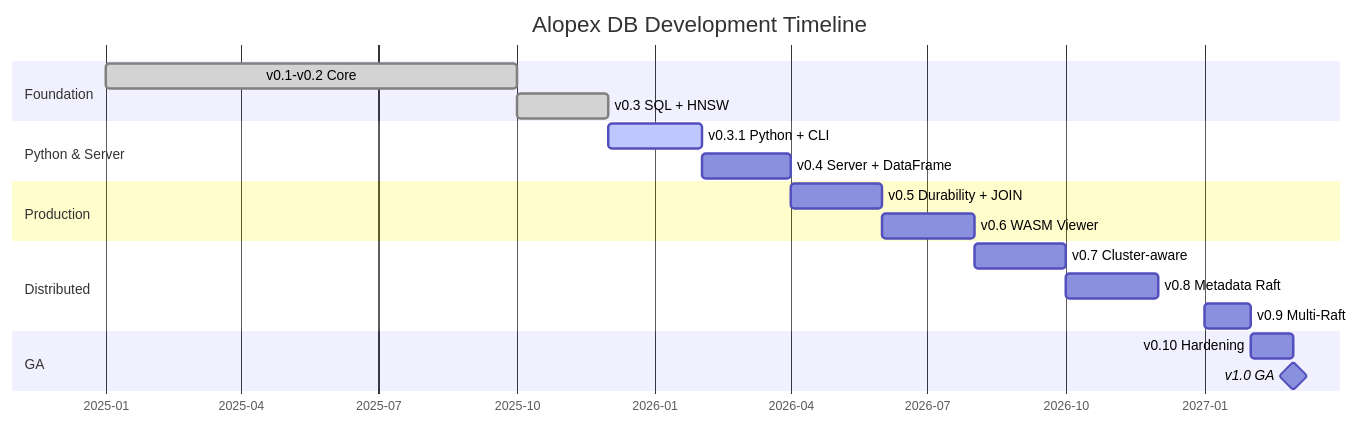
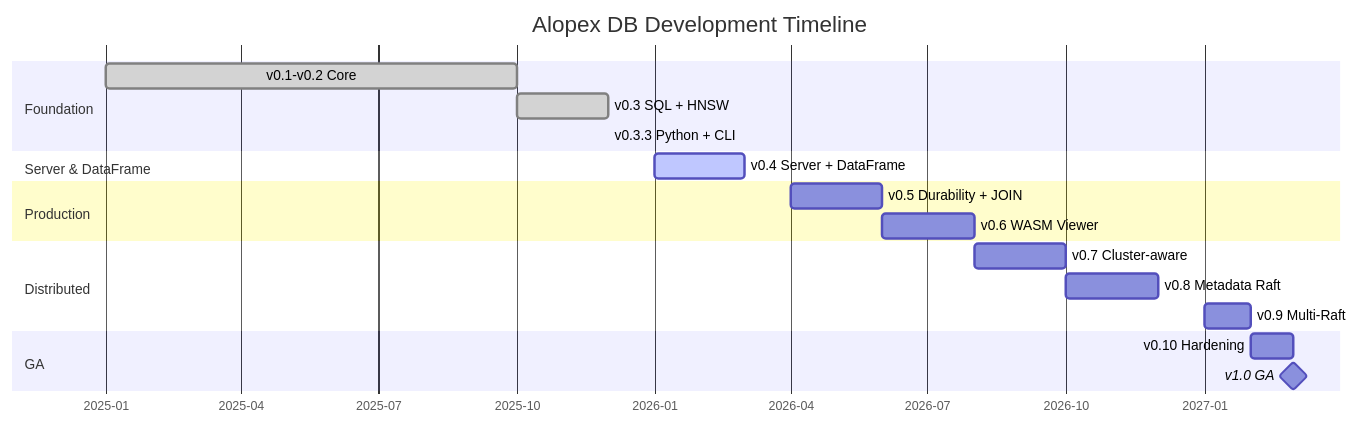
One commit to alopex-db/alopex-db.github.io changed the diagram in docs/roadmap.md. Above: the diagram before and after it, drawn with Mermaid. The commit also changed other lines of this file, not shown here.

Commit message:
docs: Update roadmap to reflect Alopex DB v0.3.3 release and Python bindings

````diff
--- a/docs/roadmap.md
+++ b/docs/roadmap.md
@@ -22,27 +26,27 @@
 ```mermaid
 gantt
     title Alopex DB Development Timeline
     dateFormat  YYYY-MM
     axisFormat  %Y-%m
 
     section Foundation
     v0.1-v0.2 Core          :done, 2025-01, 2025-10
     v0.3 SQL + HNSW         :done, 2025-10, 2025-12
+    v0.3.3 Python + CLI     :done, 2025-12, 2025-12
 
-    section Python & Server
-    v0.3.1 Python + CLI     :active, 2025-12, 2026-02
-    v0.4 Server + DataFrame :2026-02, 2026-04
+    section Server & DataFrame
+    v0.4 Server + DataFrame :active, 2026-01, 2026-03
 
     section Production
     v0.5 Durability + JOIN  :2026-04, 2026-06
     v0.6 WASM Viewer        :2026-06, 2026-08
 
     section Distributed
     v0.7 Cluster-aware      :2026-08, 2026-10
     v0.8 Metadata Raft      :2026-10, 2026-12
     v0.9 Multi-Raft         :2027-01, 2027-02
 
     section GA
     v0.10 Hardening         :2027-02, 2027-03
     v1.0 GA                 :milestone, 2027-03, 0d
 ```
````
